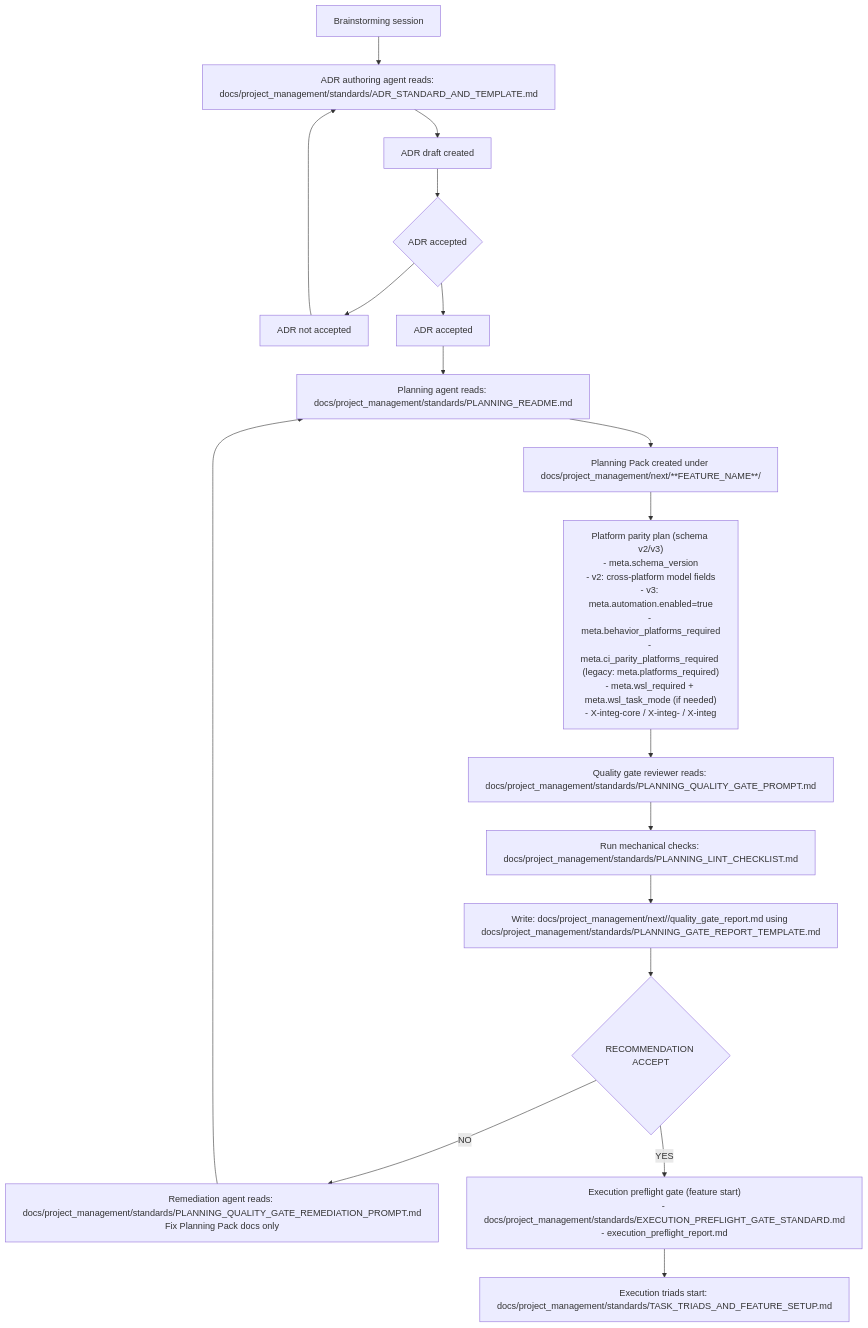
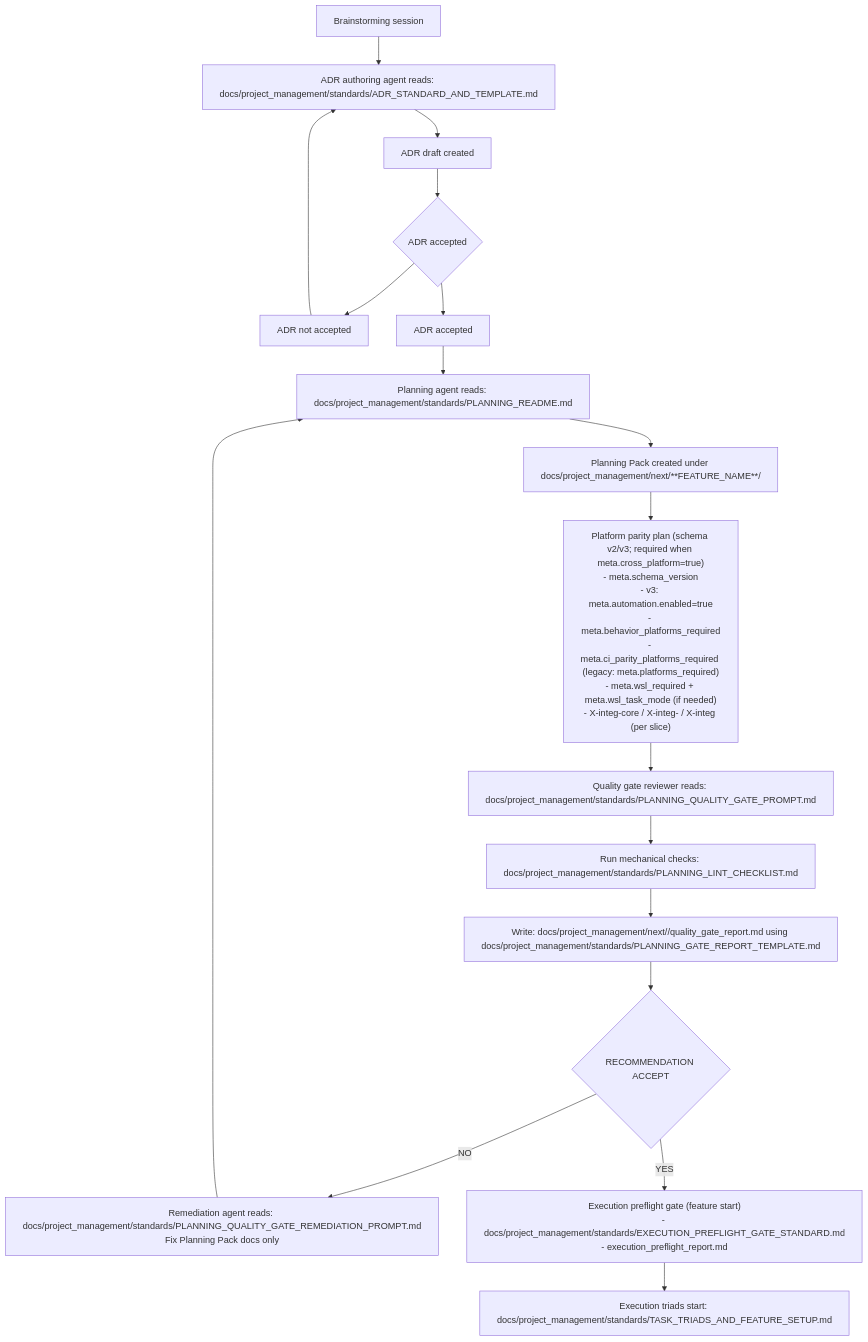
Before and after one commit to atomize-hq/substrate: the diagram in docs/project_management/standards/PLANNING_WORKFLOW_OVERVIEW.md, drawn with Mermaid. The commit also changed 15 other files, not shown here.

````diff
--- a/docs/project_management/standards/PLANNING_WORKFLOW_OVERVIEW.md
+++ b/docs/project_management/standards/PLANNING_WORKFLOW_OVERVIEW.md
@@ -17,39 +17,39 @@
 ```mermaid
 flowchart TD
   A[Brainstorming session]
   B["ADR authoring agent reads: docs/project_management/standards/ADR_STANDARD_AND_TEMPLATE.md"]
   C[ADR draft created]
   D{ADR accepted}
   D_NO[ADR not accepted]
   D_YES[ADR accepted]
 
   P["Planning agent reads: docs/project_management/standards/PLANNING_README.md"]
   PACK[Planning Pack created under docs/project_management/next/**FEATURE_NAME**/]
-  PP["Platform parity plan (schema v2/v3)\n- meta.schema_version\n- v2: cross-platform model fields\n- v3: meta.automation.enabled=true\n- meta.behavior_platforms_required\n- meta.ci_parity_platforms_required (legacy: meta.platforms_required)\n- meta.wsl_required + meta.wsl_task_mode (if needed)\n- X-integ-core / X-integ-<platform> / X-integ"]
+  PP["Platform parity plan (schema v2/v3; required when meta.cross_platform=true)\n- meta.schema_version\n- v3: meta.automation.enabled=true\n- meta.behavior_platforms_required\n- meta.ci_parity_platforms_required (legacy: meta.platforms_required)\n- meta.wsl_required + meta.wsl_task_mode (if needed)\n- X-integ-core / X-integ-<platform> / X-integ (per slice)"]
 
   Q["Quality gate reviewer reads: docs/project_management/standards/PLANNING_QUALITY_GATE_PROMPT.md"]
   LINT["Run mechanical checks: docs/project_management/standards/PLANNING_LINT_CHECKLIST.md"]
   REPORT["Write: docs/project_management/next/<feature>/quality_gate_report.md using docs/project_management/standards/PLANNING_GATE_REPORT_TEMPLATE.md"]
   GATE{RECOMMENDATION ACCEPT}
   REMEDIATE["Remediation agent reads: docs/project_management/standards/PLANNING_QUALITY_GATE_REMEDIATION_PROMPT.md\nFix Planning Pack docs only"]
   PREFLIGHT["Execution preflight gate (feature start)\n- docs/project_management/standards/EXECUTION_PREFLIGHT_GATE_STANDARD.md\n- execution_preflight_report.md"]
   GATE_YES["Execution triads start: docs/project_management/standards/TASK_TRIADS_AND_FEATURE_SETUP.md"]
 
   A --> B
   B --> C
   C --> D
   D --> D_NO
   D --> D_YES
   D_NO --> B
 
   D_YES --> P
   P --> PACK
   PACK --> PP
   PP --> Q
   Q --> LINT
   LINT --> REPORT
   REPORT --> GATE
   GATE -- "NO" --> REMEDIATE
   GATE -- "YES" --> PREFLIGHT --> GATE_YES
   REMEDIATE --> P
 ```
````
